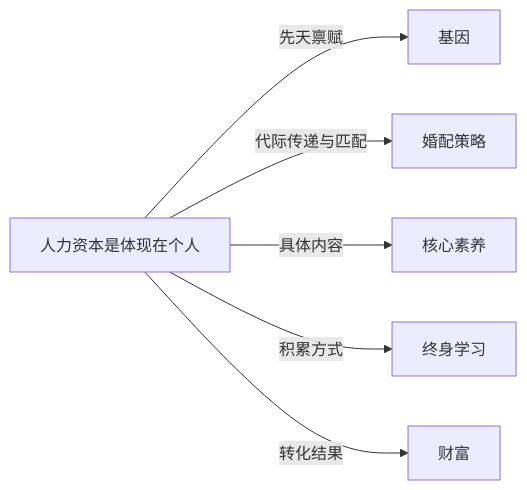
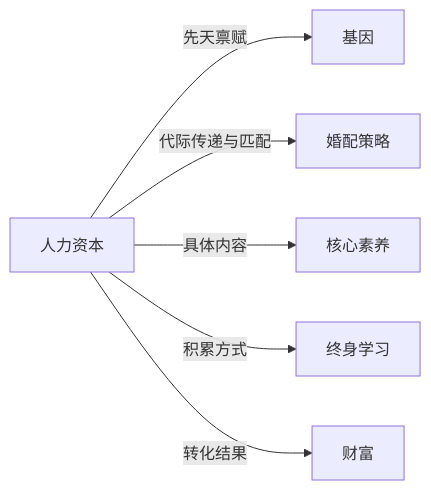
Before and after one commit to KIMMCHOW/MyKnowledge: the diagram in Knowledge/Concepts/经济/人力资本.md, drawn with Mermaid. The commit also changed 96 other files, not shown here.

Commit message:
fix: 修复概念页关系图节点并补齐缺失关联

````diff
--- a/Knowledge/Concepts/经济/人力资本.md
+++ b/Knowledge/Concepts/经济/人力资本.md
@@ -46,8 +46,8 @@
 ```mermaid
 graph LR
-    人力资本是体现在个人 -->|先天禀赋| 基因
-    人力资本是体现在个人 -->|代际传递与匹配| 婚配策略
-    人力资本是体现在个人 -->|具体内容| 核心素养
-    人力资本是体现在个人 -->|积累方式| 终身学习
-    人力资本是体现在个人 -->|转化结果| 财富
+人力资本 -->|先天禀赋| 基因
+人力资本 -->|代际传递与匹配| 婚配策略
+人力资本 -->|具体内容| 核心素养
+人力资本 -->|积累方式| 终身学习
+人力资本 -->|转化结果| 财富
 ```
````
